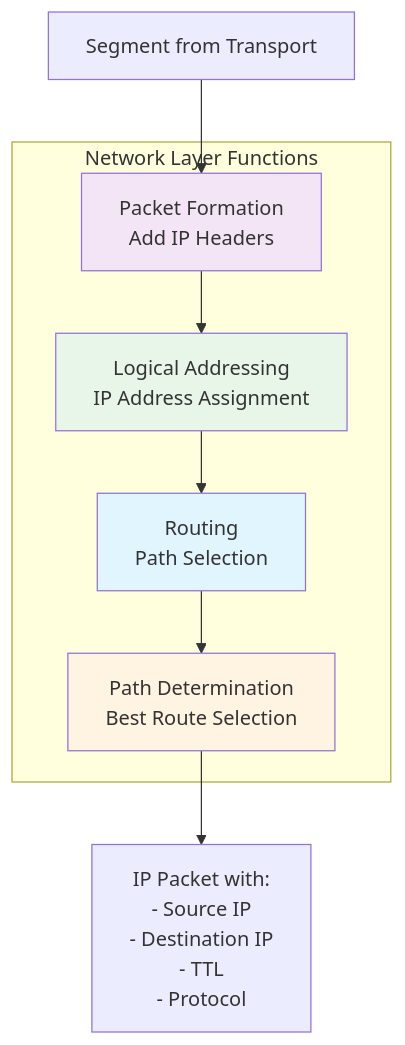
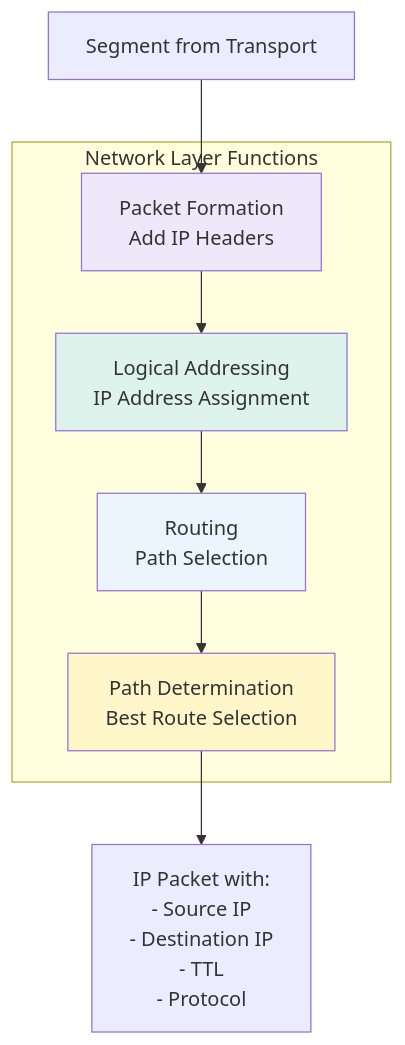
Diagram 17 of 31 in LLD/CoreConcepts/Networking.md (cartmancodes/InterviewVault), drawn with Mermaid before and after one commit. The commit also changed other lines of this file and 679 other files, not shown here.

Commit message:
Unify content diagrams and add accessible visual walkthroughs

````diff
--- a/LLD/CoreConcepts/Networking.md
+++ b/LLD/CoreConcepts/Networking.md
@@ -689,20 +689,20 @@
 ```mermaid
 graph TB
     subgraph "Network Layer Functions"
         LOG[Logical Addressing<br/>IP Address Assignment]
         ROUTE[Routing<br/>Path Selection]
         PATH[Path Determination<br/>Best Route Selection]
         PACK[Packet Formation<br/>Add IP Headers]
     end
     
     SEGMENT[Segment from Transport] --> PACK
     PACK --> LOG
     LOG --> ROUTE
     ROUTE --> PATH
     PATH --> PACKET[IP Packet with:<br/>- Source IP<br/>- Destination IP<br/>- TTL<br/>- Protocol]
     
-    style LOG fill:#e8f5e9
-    style ROUTE fill:#e1f5ff
-    style PATH fill:#fff4e1
-    style PACK fill:#f3e5f5
+    style LOG fill:#DDF3EC
+    style ROUTE fill:#EAF5FD
+    style PATH fill:#FFF6C9
+    style PACK fill:#EDE8FA
 ```
````
